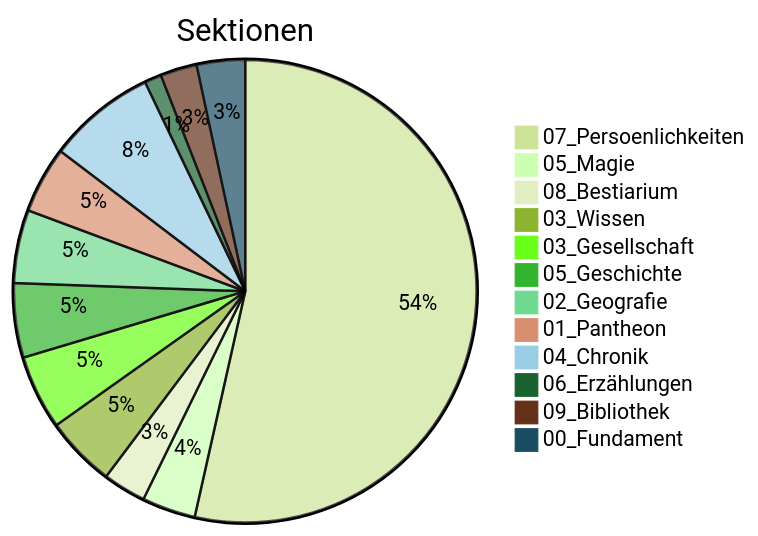
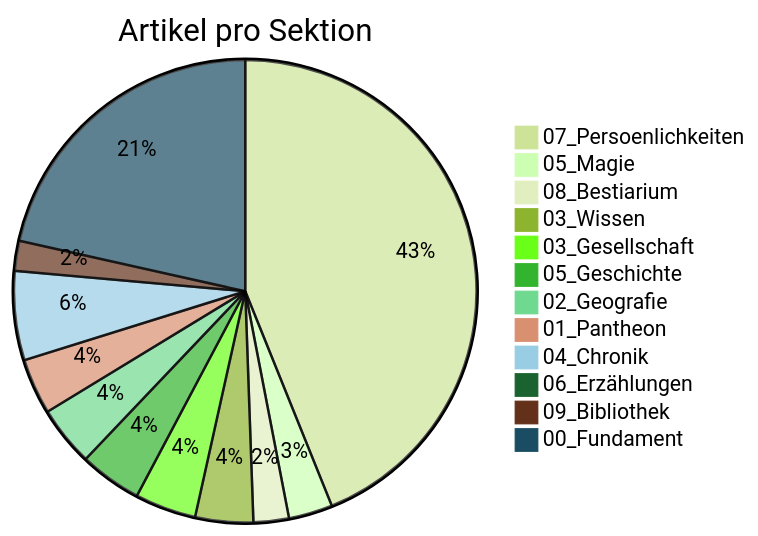
One commit to Siebenwind/7w_wiki changed the diagram in Siebenwind_Wiki/10_Archiv/Wiki_Statistiken.md. Above: the diagram before and after it, drawn with Mermaid (forest theme). The commit also changed other lines of this file and 31 other files, not shown here.

````diff
--- a/Siebenwind_Wiki/10_Archiv/Wiki_Statistiken.md
+++ b/Siebenwind_Wiki/10_Archiv/Wiki_Statistiken.md
@@ -23,15 +40,15 @@
 ```mermaid
-pie title Sektionen
-    "07_Persoenlichkeiten" : 587
+pie title Artikel pro Sektion
+    "07_Persoenlichkeiten" : 586
     "05_Magie" : 41
     "08_Bestiarium" : 33
     "03_Wissen" : 54
     "03_Gesellschaft" : 57
-    "05_Geschichte" : 57
+    "05_Geschichte" : 58
     "02_Geografie" : 56
-    "01_Pantheon" : 51
+    "01_Pantheon" : 52
     "04_Chronik" : 83
     "06_Erzählungen" : 13
     "09_Bibliothek" : 28
-    "00_Fundament" : 37
+    "00_Fundament" : 287
 ```
````
